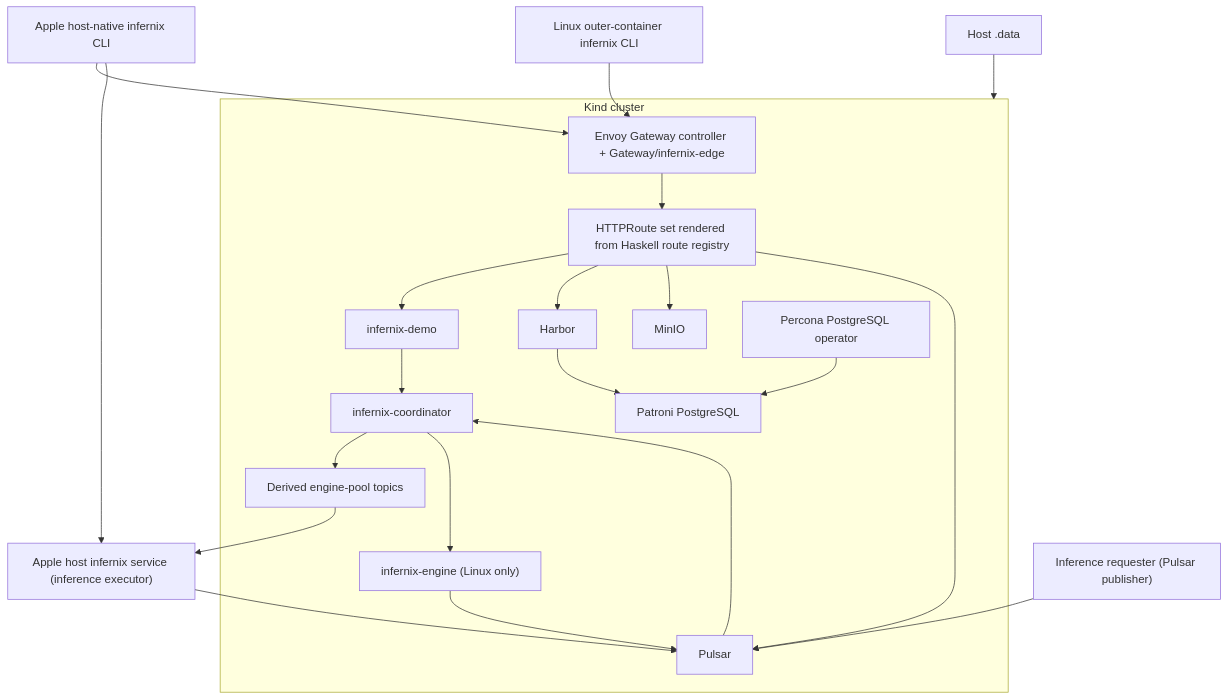
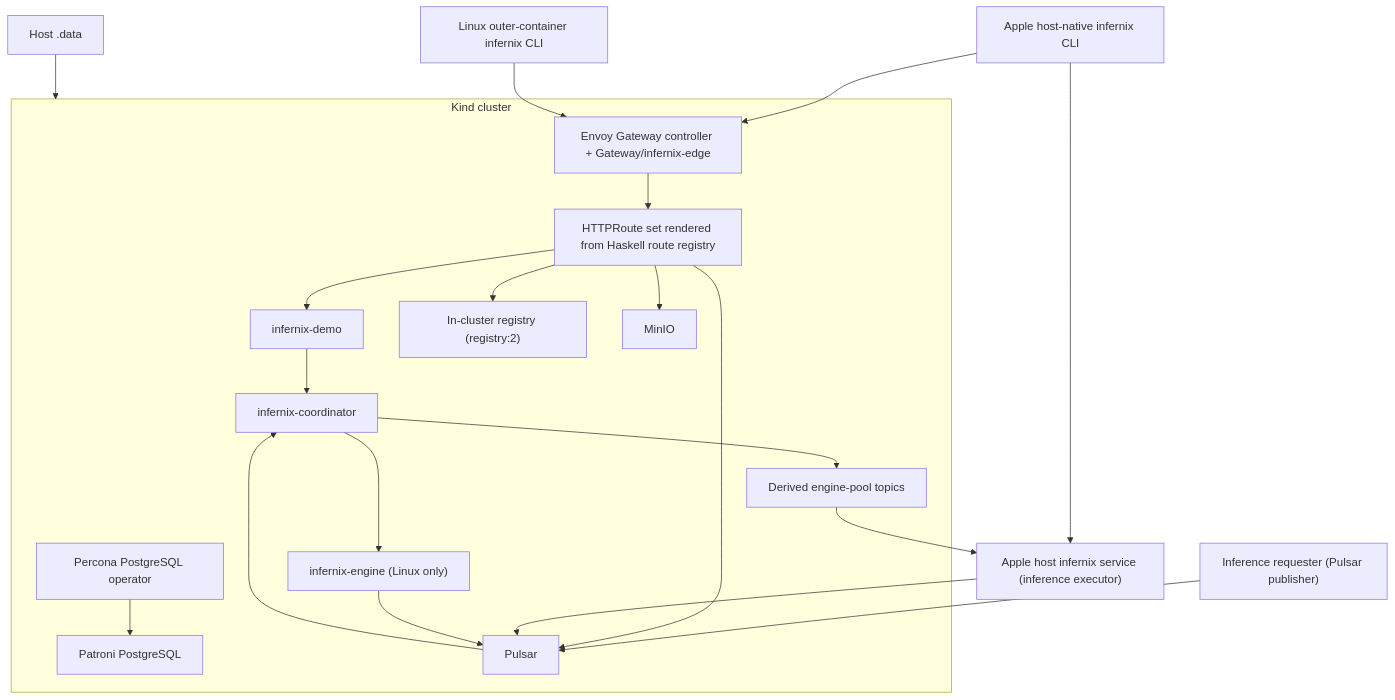
One commit to Tuee22/infernix changed the diagram in DEVELOPMENT_PLAN/00-overview.md. Above: the diagram before and after it, drawn with Mermaid. The commit also changed other lines of this file and 88 other files, not shown here.

````diff
--- a/DEVELOPMENT_PLAN/00-overview.md
+++ b/DEVELOPMENT_PLAN/00-overview.md
@@ -367,42 +344,41 @@
 ```mermaid
 flowchart TB
     appleCli["Apple host-native infernix CLI"]
     appleHostDaemon["Apple host infernix service (inference executor)"]
     linuxCli["Linux outer-container infernix CLI"]
     data["Host .data"]
     requester["Inference requester (Pulsar publisher)"]
 
     subgraph kind["Kind cluster"]
         gateway["Envoy Gateway controller + Gateway/infernix-edge"]
         routes["HTTPRoute set rendered from Haskell route registry"]
         demo["infernix-demo"]
         coordinator["infernix-coordinator"]
         engine["infernix-engine (Linux only)"]
         enginePoolTopics["Derived engine-pool topics"]
-        harbor["Harbor"]
+        registry["In-cluster registry (registry:2)"]
         minio["MinIO"]
         pgop["Percona PostgreSQL operator"]
         postgres["Patroni PostgreSQL"]
         pulsar["Pulsar"]
     end
 
     appleCli --> gateway
     appleCli --> appleHostDaemon
     linuxCli --> gateway
     requester --> pulsar
     gateway --> routes
     routes --> demo
-    routes --> harbor
+    routes --> registry
     routes --> minio
     routes --> pulsar
     demo --> coordinator
     pulsar --> coordinator
     coordinator --> enginePoolTopics
     enginePoolTopics --> appleHostDaemon
     appleHostDaemon --> pulsar
     coordinator --> engine
     engine --> pulsar
-    harbor --> postgres
     pgop --> postgres
     data --> kind
 ```
````
